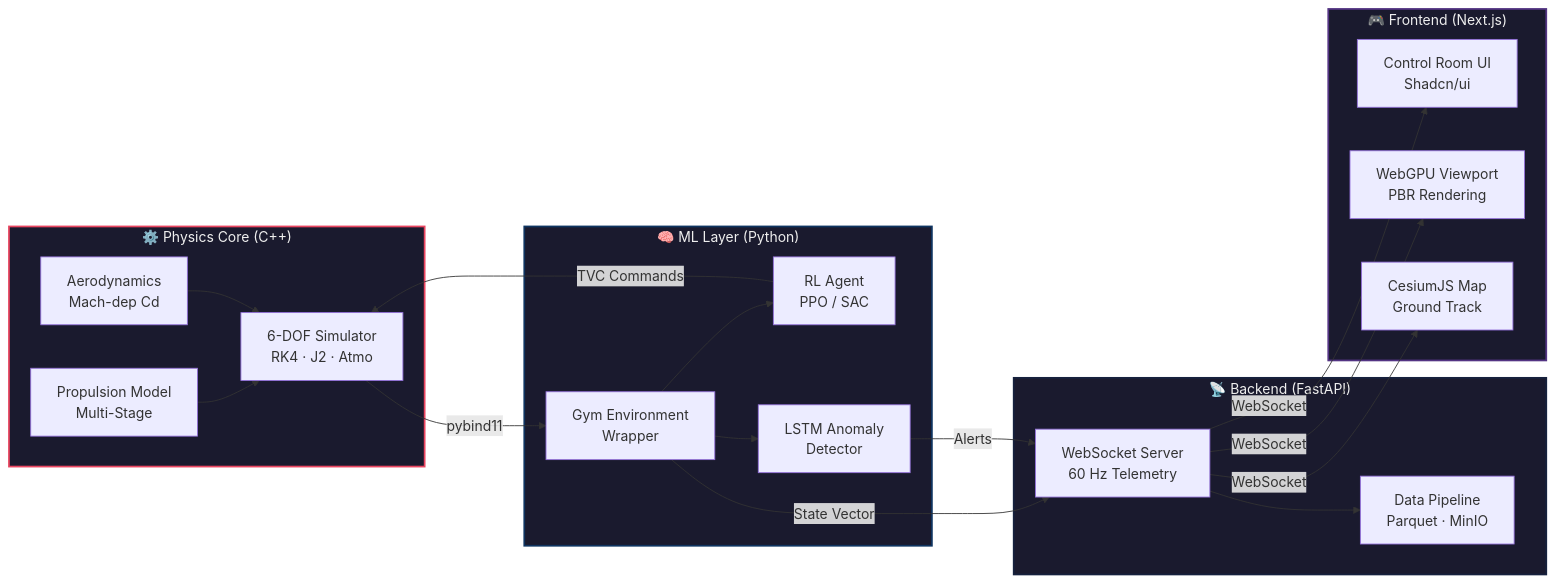
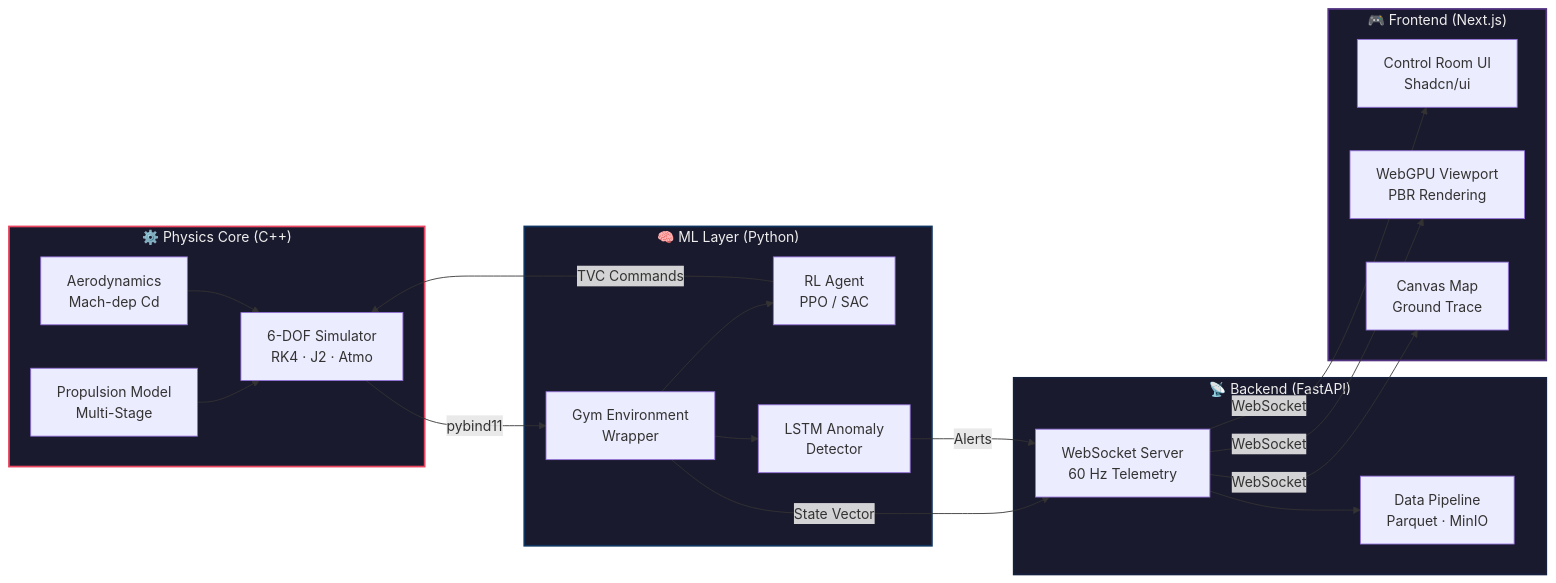
Before and after one commit to TechieSamosa/PrakshepOptimizationEngine: the diagram in README.md, drawn with Mermaid. The commit also changed other lines of this file and 7 other files, not shown here.

Commit message:
feat: Frontend Telemetry Pipeline Refactor, Canvas Ground Trace Map, and Open Source Overhaul

````diff
--- a/README.md
+++ b/README.md
@@ -50,43 +50,43 @@
 ```mermaid
 graph LR
     subgraph Physics["⚙️ Physics Core (C++)"]
         SIM["6-DOF Simulator<br/>RK4 · J2 · Atmo"]
         PROP["Propulsion Model<br/>Multi-Stage"]
         AERO["Aerodynamics<br/>Mach-dep Cd"]
     end
 
     subgraph ML["🧠 ML Layer (Python)"]
         RL["RL Agent<br/>PPO / SAC"]
         LSTM["LSTM Anomaly<br/>Detector"]
         ENV["Gym Environment<br/>Wrapper"]
     end
 
     subgraph Backend["📡 Backend (FastAPI)"]
         API["WebSocket Server<br/>60 Hz Telemetry"]
         STORE["Data Pipeline<br/>Parquet · MinIO"]
     end
 
     subgraph Frontend["🎮 Frontend (Next.js)"]
         UI["Control Room UI<br/>Shadcn/ui"]
         GPU["WebGPU Viewport<br/>PBR Rendering"]
-        MAP["CesiumJS Map<br/>Ground Track"]
+        MAP["Canvas Map<br/>Ground Trace"]
     end
 
     SIM -->|pybind11| ENV
     PROP --> SIM
     AERO --> SIM
     ENV --> RL
     ENV --> LSTM
     RL -->|TVC Commands| SIM
     ENV -->|State Vector| API
     API -->|WebSocket| UI
     API -->|WebSocket| GPU
     API -->|WebSocket| MAP
     API --> STORE
     LSTM -->|Alerts| API
 
     style Physics fill:#1a1a2e,stroke:#e94560,stroke-width:2px,color:#eee
     style ML fill:#1a1a2e,stroke:#0f3460,stroke-width:2px,color:#eee
     style Backend fill:#1a1a2e,stroke:#16213e,stroke-width:2px,color:#eee
     style Frontend fill:#1a1a2e,stroke:#533483,stroke-width:2px,color:#eee
 ```
````
